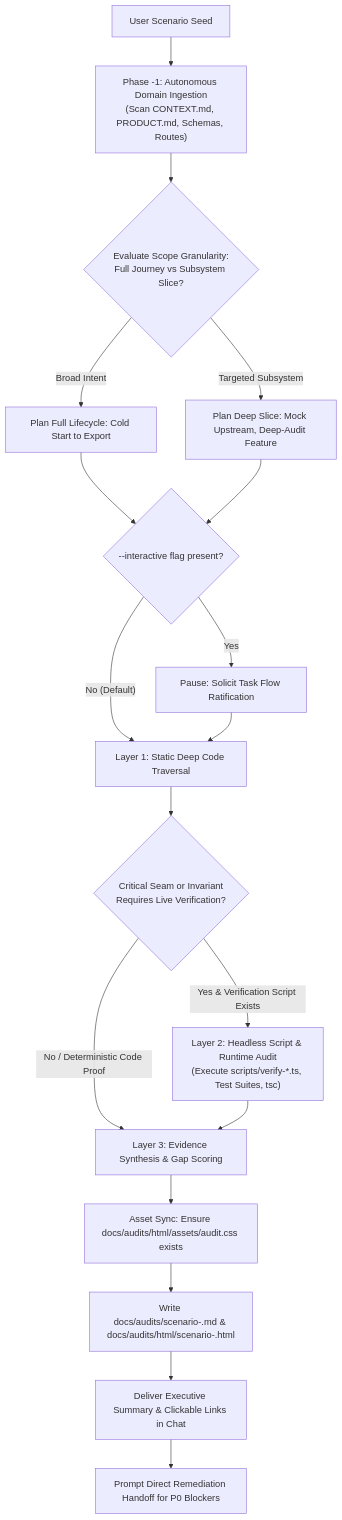
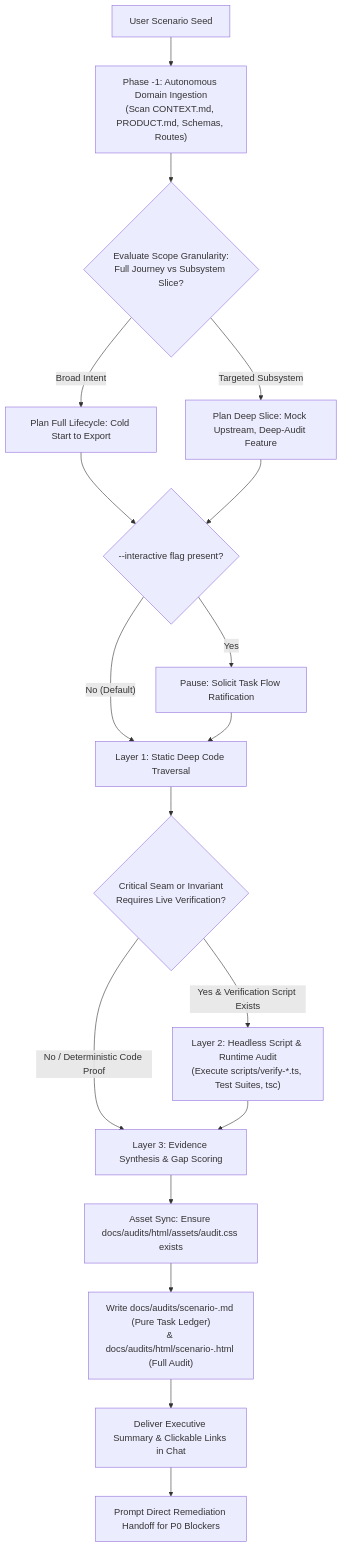
The diagram in SKILL.md (Delizade-Antigravity-Skills/scenario-probe), drawn with Mermaid before and after one commit. The commit also changed other lines of this file, not shown here.

Commit message:
feat: dedicate Markdown export exclusively as Pure Remediation Task Ledger

````diff
--- a/SKILL.md
+++ b/SKILL.md
@@ -82,20 +77,20 @@
 ```mermaid
 flowchart TD
     Scenario["User Scenario Seed"] --> Ingestion["Phase -1: Autonomous Domain Ingestion<br/>(Scan CONTEXT.md, PRODUCT.md, Schemas, Routes)"]
     Ingestion --> ScopeEval{"Evaluate Scope Granularity:<br/>Full Journey vs Subsystem Slice?"}
     ScopeEval -- "Broad Intent" --> FullFlow["Plan Full Lifecycle: Cold Start to Export"]
     ScopeEval -- "Targeted Subsystem" --> SliceFlow["Plan Deep Slice: Mock Upstream, Deep-Audit Feature"]
     FullFlow --> InteractiveCheck{"--interactive flag present?"}
     SliceFlow --> InteractiveCheck
     InteractiveCheck -- "Yes" --> Pause["Pause: Solicit Task Flow Ratification"]
     InteractiveCheck -- "No (Default)" --> Layer1["Layer 1: Static Deep Code Traversal"]
     Pause --> Layer1
     Layer1 --> SeamCheck{"Critical Seam or Invariant<br/>Requires Live Verification?"}
     SeamCheck -- "Yes & Verification Script Exists" --> Layer2["Layer 2: Headless Script & Runtime Audit<br/>(Execute scripts/verify-*.ts, Test Suites, tsc)"]
     SeamCheck -- "No / Deterministic Code Proof" --> Synthesize["Layer 3: Evidence Synthesis & Gap Scoring"]
     Layer2 --> Synthesize
     Synthesize --> AssetSync["Asset Sync: Ensure docs/audits/html/assets/audit.css exists"]
-    AssetSync --> DocGen["Write docs/audits/scenario-<slug>.md & docs/audits/html/scenario-<slug>.html"]
+    AssetSync --> DocGen["Write docs/audits/scenario-<slug>.md (Pure Task Ledger)<br/>& docs/audits/html/scenario-<slug>.html (Full Audit)"]
     DocGen --> ChatSummary["Deliver Executive Summary & Clickable Links in Chat"]
     ChatSummary --> RemediationPrompt["Prompt Direct Remediation Handoff for P0 Blockers"]
 ```
````
